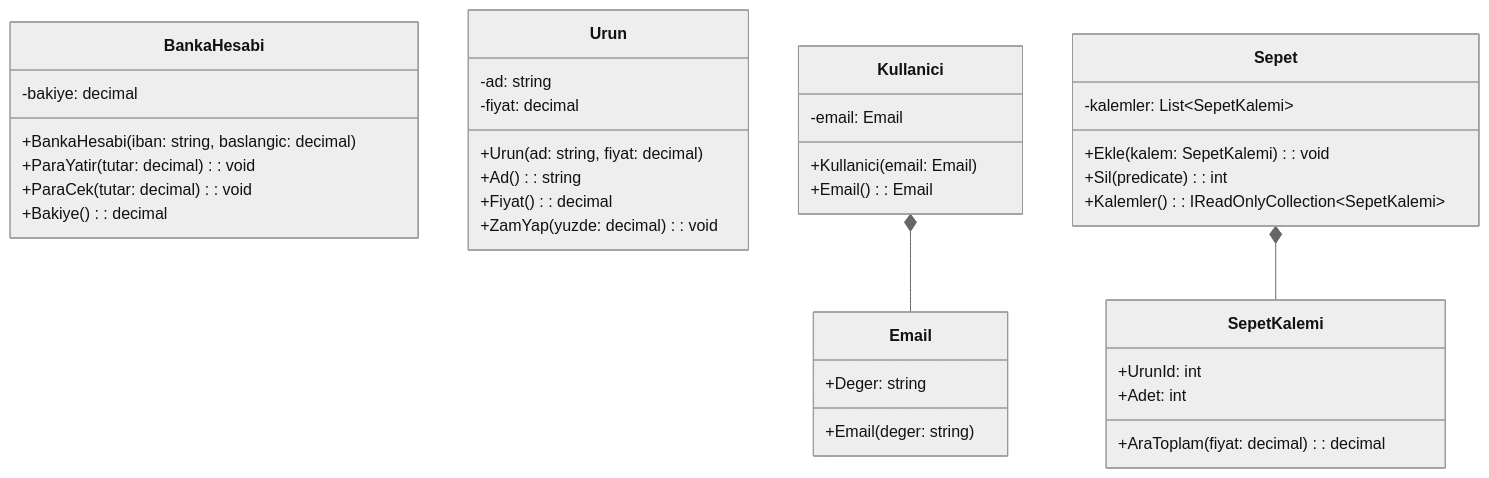
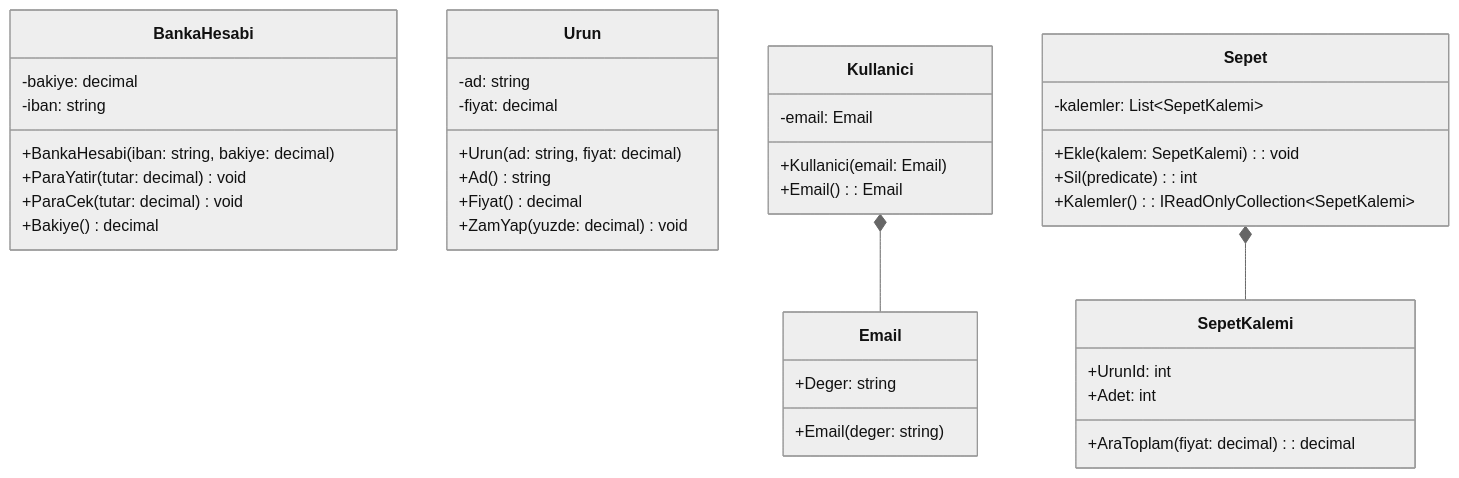
One commit to ibrahimayaz/Nesne-Yonelimli-Programlama-2025 changed the diagram in Hafta04/README.md. Above: the diagram before and after it, drawn with Mermaid (neutral theme). The commit also changed 5 other files, not shown here.

````diff
--- a/Hafta04/README.md
+++ b/Hafta04/README.md
@@ -10,45 +10,46 @@
 ```mermaid
 classDiagram
     class BankaHesabi {
       -bakiye: decimal
-      +BankaHesabi(iban: string, baslangic: decimal)
-      +ParaYatir(tutar: decimal): void
-      +ParaCek(tutar: decimal): void
-      +Bakiye(): decimal
+      -iban: string
+      +BankaHesabi(iban: string, bakiye: decimal)
+      +ParaYatir(tutar: decimal) void
+      +ParaCek(tutar: decimal) void
+      +Bakiye() decimal
     }
 
     class Urun {
       -ad: string
       -fiyat: decimal
       +Urun(ad: string, fiyat: decimal)
-      +Ad(): string
-      +Fiyat(): decimal
-      +ZamYap(yuzde: decimal): void
+      +Ad() string
+      +Fiyat() decimal
+      +ZamYap(yuzde: decimal) void
     }
 
     class Email {
       +Deger: string
       +Email(deger: string)
     }
 
     class Kullanici {
       -email: Email
       +Kullanici(email: Email)
       +Email(): Email
     }
     Kullanici *-- Email
 
     class SepetKalemi {
       +UrunId: int
       +Adet: int
       +AraToplam(fiyat: decimal): decimal
     }
 
     class Sepet {
       -kalemler: List~SepetKalemi~
       +Ekle(kalem: SepetKalemi): void
       +Sil(predicate): int
       +Kalemler(): IReadOnlyCollection~SepetKalemi~
     }
     Sepet *-- SepetKalemi
 ```
````
